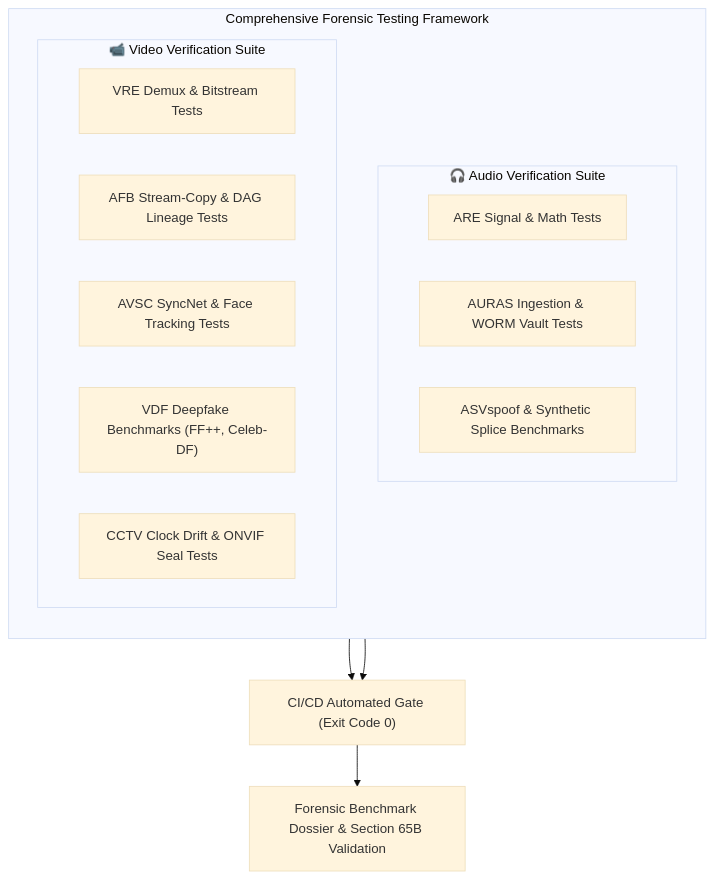
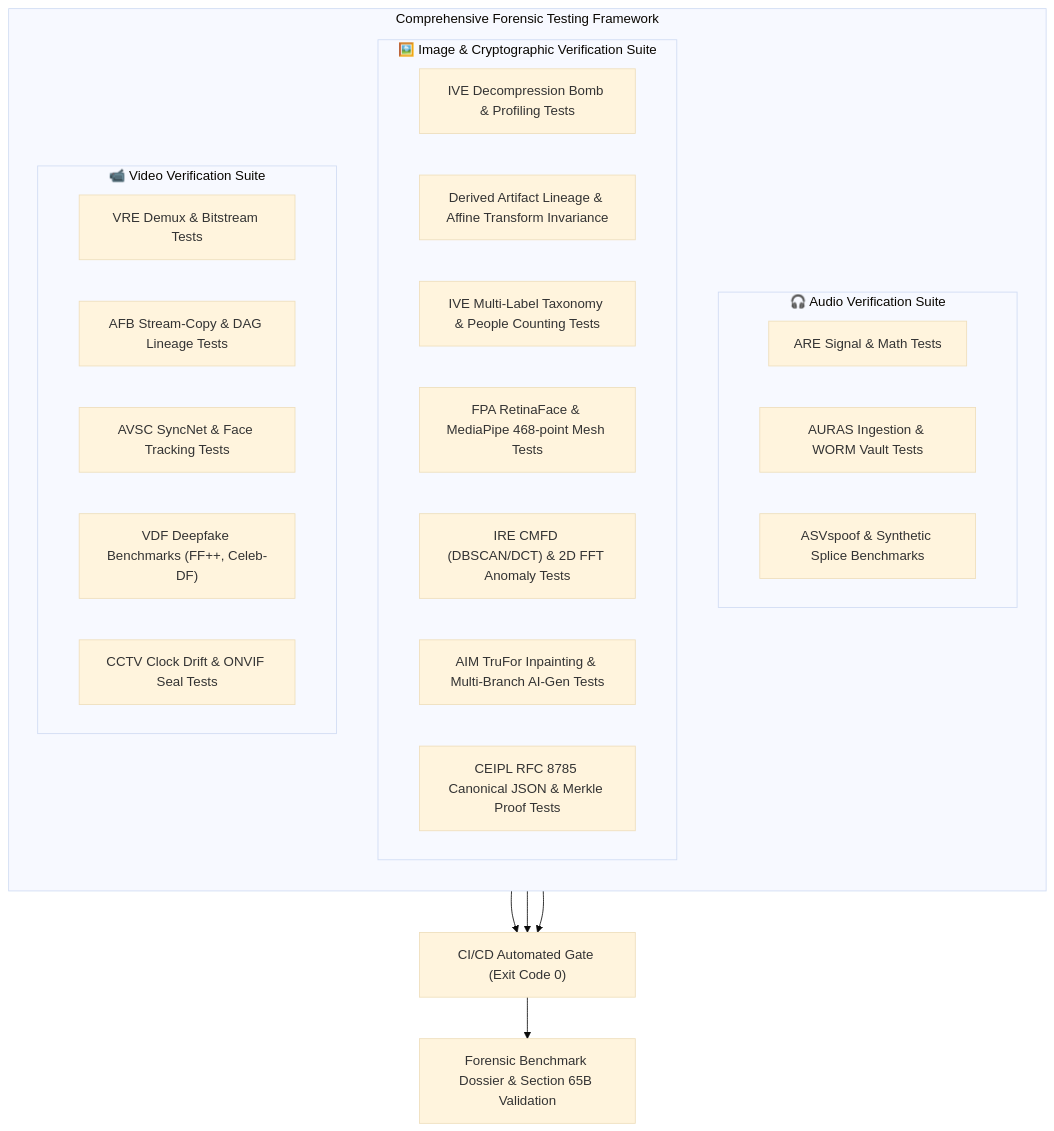
Diagram 20 of 20 in TRD.md (Subhadip-Paul2006/BHack-Docs), drawn with Mermaid (base theme) before and after one commit. The commit also changed other lines of this file, not shown here.

````diff
--- a/TRD.md
+++ b/TRD.md
@@ -2001,22 +2918,32 @@
 ```mermaid
 flowchart TD
     subgraph SUITES["Comprehensive Forensic Testing Framework"]
         direction TB
         subgraph AUDIO_TESTS["🎧 Audio Verification Suite"]
             A_UNIT["ARE Signal & Math Tests"]
             A_INTEG["AURAS Ingestion & WORM Vault Tests"]
             A_BENCH["ASVspoof & Synthetic Splice Benchmarks"]
+        end
+        subgraph IMAGE_TESTS["🖼️ Image & Cryptographic Verification Suite"]
+            I_UNIT["IVE Decompression Bomb & Profiling Tests"]
+            I_DAG["Derived Artifact Lineage & Affine Transform Invariance"]
+            I_TAX["IVE Multi-Label Taxonomy & People Counting Tests"]
+            I_FPA["FPA RetinaFace & MediaPipe 468-point Mesh Tests"]
+            I_IRE["IRE CMFD (DBSCAN/DCT) & 2D FFT Anomaly Tests"]
+            I_AIM["AIM TruFor Inpainting & Multi-Branch AI-Gen Tests"]
+            I_CRYPTO["CEIPL RFC 8785 Canonical JSON & Merkle Proof Tests"]
         end
         subgraph VIDEO_TESTS["📹 Video Verification Suite"]
             V_UNIT["VRE Demux & Bitstream Tests"]
             V_INTEG["AFB Stream-Copy & DAG Lineage Tests"]
             V_AVSC["AVSC SyncNet & Face Tracking Tests"]
             V_VDF["VDF Deepfake Benchmarks (FF++, Celeb-DF)"]
             V_CCTV["CCTV Clock Drift & ONVIF Seal Tests"]
         end
     end
     
     AUDIO_TESTS --> CI_GATE["CI/CD Automated Gate (Exit Code 0)"]
+    IMAGE_TESTS --> CI_GATE
     VIDEO_TESTS --> CI_GATE
     CI_GATE --> BENCH_REPORT["Forensic Benchmark Dossier & Section 65B Validation"]
 ```
````
